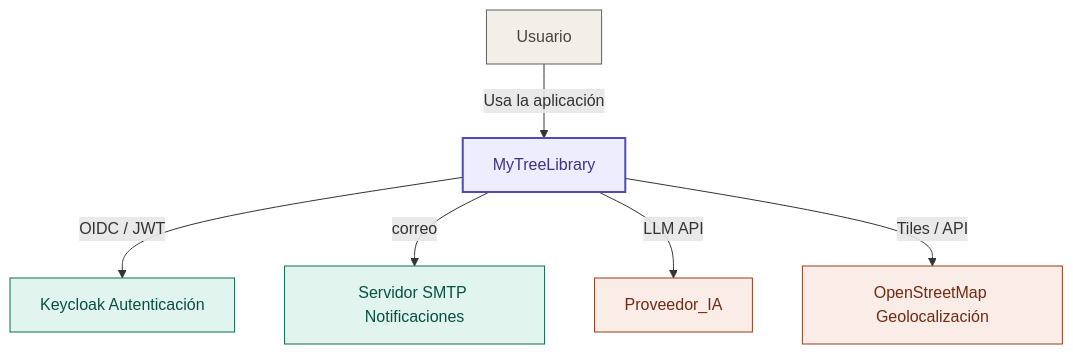
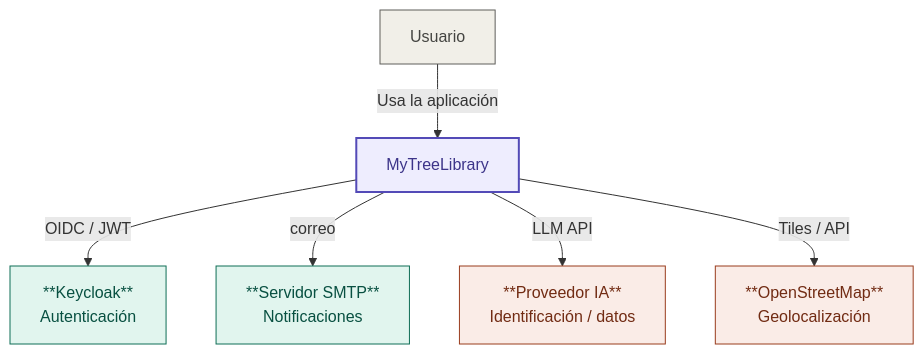
One commit to LIDR-academy/AI4Devs-finalproject changed the first of 19 diagrams in readme.md. Above: the diagram before and after it, drawn with Mermaid.

Commit message:
Actualización estilos diagrama C1

````diff
--- a/readme.md
+++ b/readme.md
@@ -79,26 +79,26 @@
 ```mermaid
 flowchart TB
   U[Usuario]
   S[MyTreeLibrary]
-  KC[Keycloak Autenticación]
-  SMTP[Servidor SMTP Notificaciones]
-  PIA[Proveedor_IA]
-  MAP[OpenStreetMap Geolocalización] 
+  KC["**Keycloak**<br/>Autenticación"]
+  SMTP["**Servidor SMTP**<br/>Notificaciones"]
+  PIA["**Proveedor IA**<br/>Identificación / datos"]
+  MAP["**OpenStreetMap**<br/>Geolocalización"] 
   U -->|Usa la aplicación| S
   S -->|OIDC / JWT| KC
   S -->|correo| SMTP
   S -->|LLM API| PIA
   S -->|Tiles / API| MAP
 
   
   classDef sistema fill:#EEEDFE,stroke:#534AB7,stroke-width:2px,color:#3C3489
   classDef soporte fill:#E1F5EE,stroke:#0F6E56,stroke-width:1px,color:#085041
   classDef externo fill:#FAECE7,stroke:#993C1D,stroke-width:1px,color:#712B13
   classDef usuario fill:#F1EFE8,stroke:#5F5E5A,stroke-width:1px,color:#444441
 
   class S sistema
   class KC,SMTP soporte
   class PIA,MAP externo
   class U usuario
 
 ```
````
